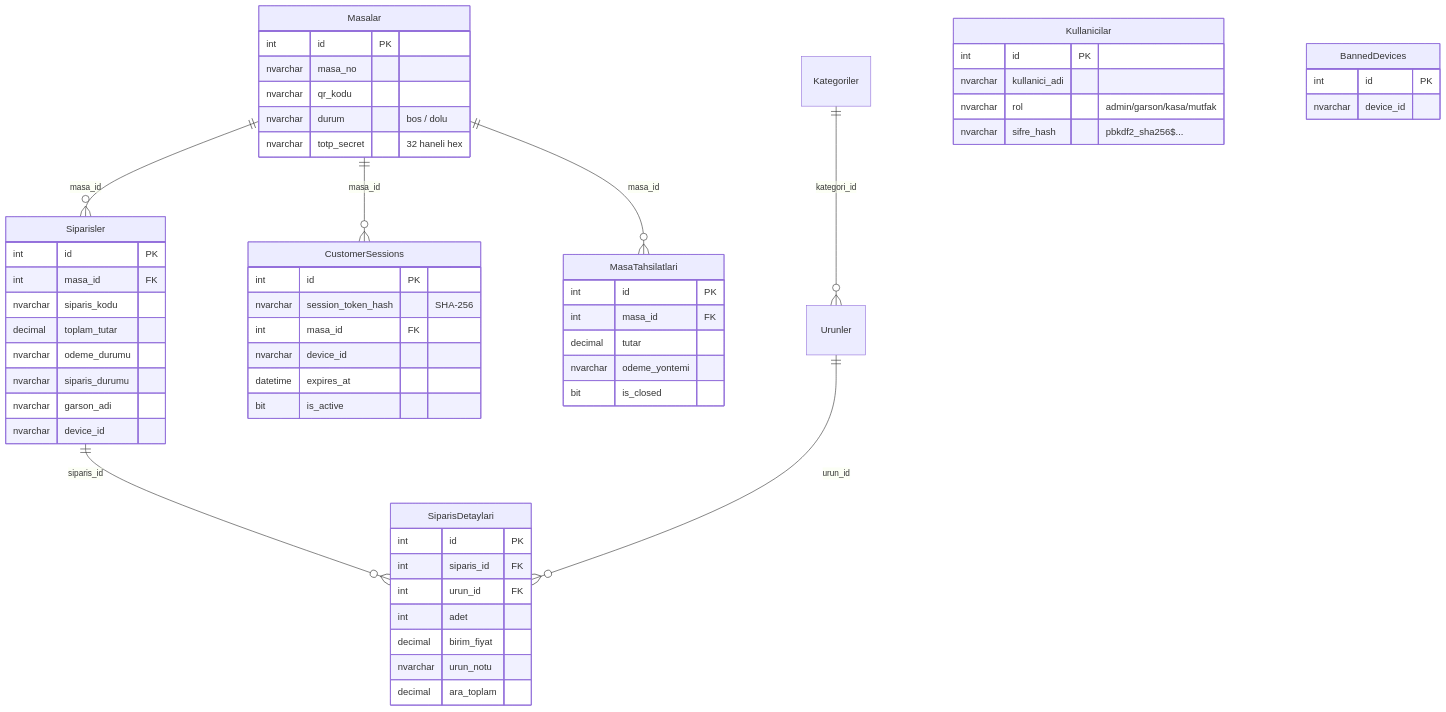
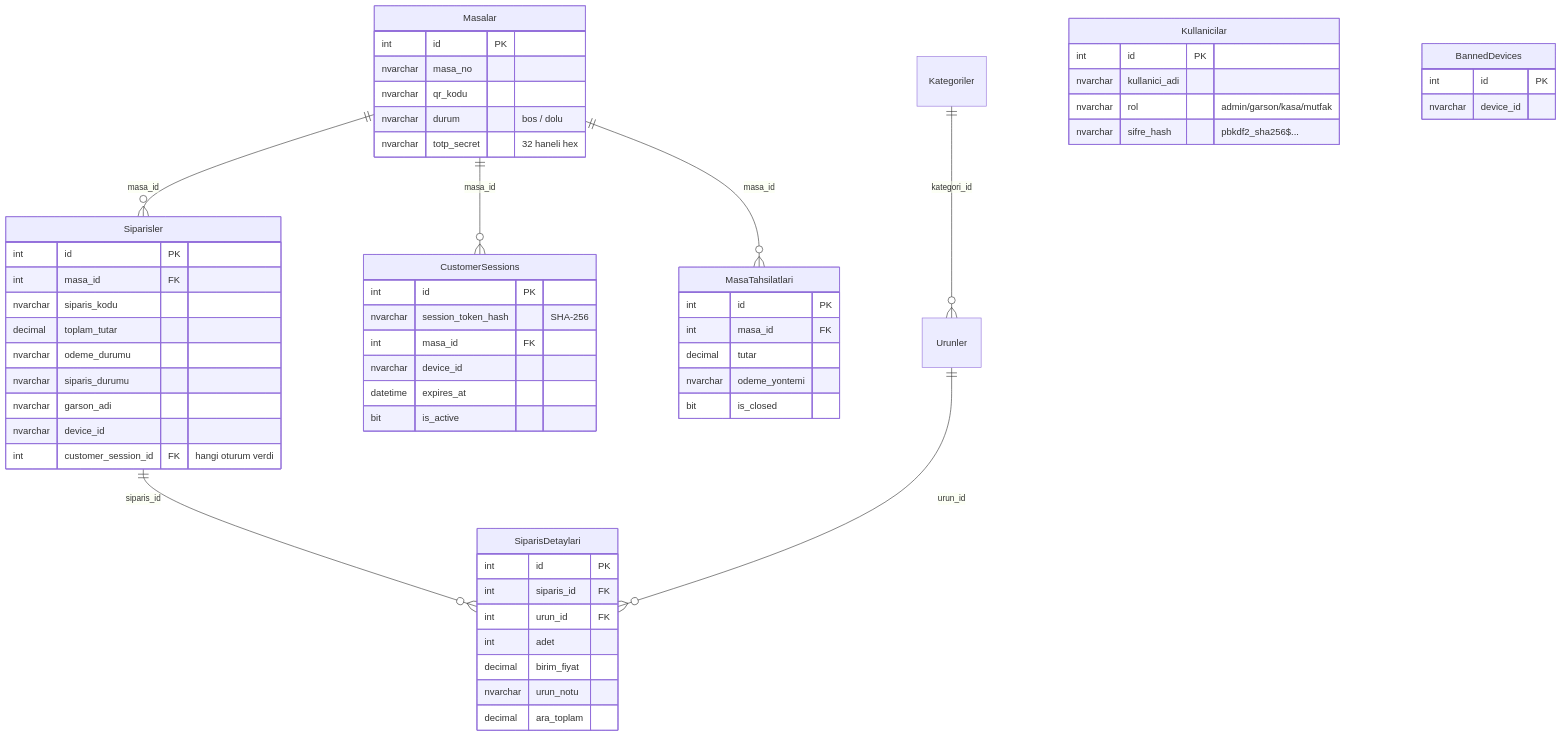
One commit to yoyaa12/YANDAN-qr changed the second of 9 diagrams in docs/PROJE_MIMARI_SUNUM.md. Above: the diagram before and after it, drawn with Mermaid. The commit also changed 23 other files, not shown here.

````diff
--- a/docs/PROJE_MIMARI_SUNUM.md
+++ b/docs/PROJE_MIMARI_SUNUM.md
@@ -226,61 +226,62 @@
 ```mermaid
 erDiagram
     Masalar ||--o{ Siparisler : "masa_id"
     Masalar ||--o{ CustomerSessions : "masa_id"
     Masalar ||--o{ MasaTahsilatlari : "masa_id"
     Siparisler ||--o{ SiparisDetaylari : "siparis_id"
     Urunler ||--o{ SiparisDetaylari : "urun_id"
     Kategoriler ||--o{ Urunler : "kategori_id"
 
     Masalar {
         int id PK
         nvarchar masa_no
         nvarchar qr_kodu
         nvarchar durum "bos / dolu"
         nvarchar totp_secret "32 haneli hex"
     }
     Siparisler {
         int id PK
         int masa_id FK
         nvarchar siparis_kodu
         decimal toplam_tutar
         nvarchar odeme_durumu
         nvarchar siparis_durumu
         nvarchar garson_adi
         nvarchar device_id
+        int customer_session_id FK "hangi oturum verdi"
     }
     SiparisDetaylari {
         int id PK
         int siparis_id FK
         int urun_id FK
         int adet
         decimal birim_fiyat
         nvarchar urun_notu
         decimal ara_toplam
     }
     Kullanicilar {
         int id PK
         nvarchar kullanici_adi
         nvarchar rol "admin/garson/kasa/mutfak"
         nvarchar sifre_hash "pbkdf2_sha256$..."
     }
     CustomerSessions {
         int id PK
         nvarchar session_token_hash "SHA-256"
         int masa_id FK
         nvarchar device_id
         datetime expires_at
         bit is_active
     }
     MasaTahsilatlari {
         int id PK
         int masa_id FK
         decimal tutar
         nvarchar odeme_yontemi
         bit is_closed
     }
     BannedDevices {
         int id PK
         nvarchar device_id
     }
 ```
````
